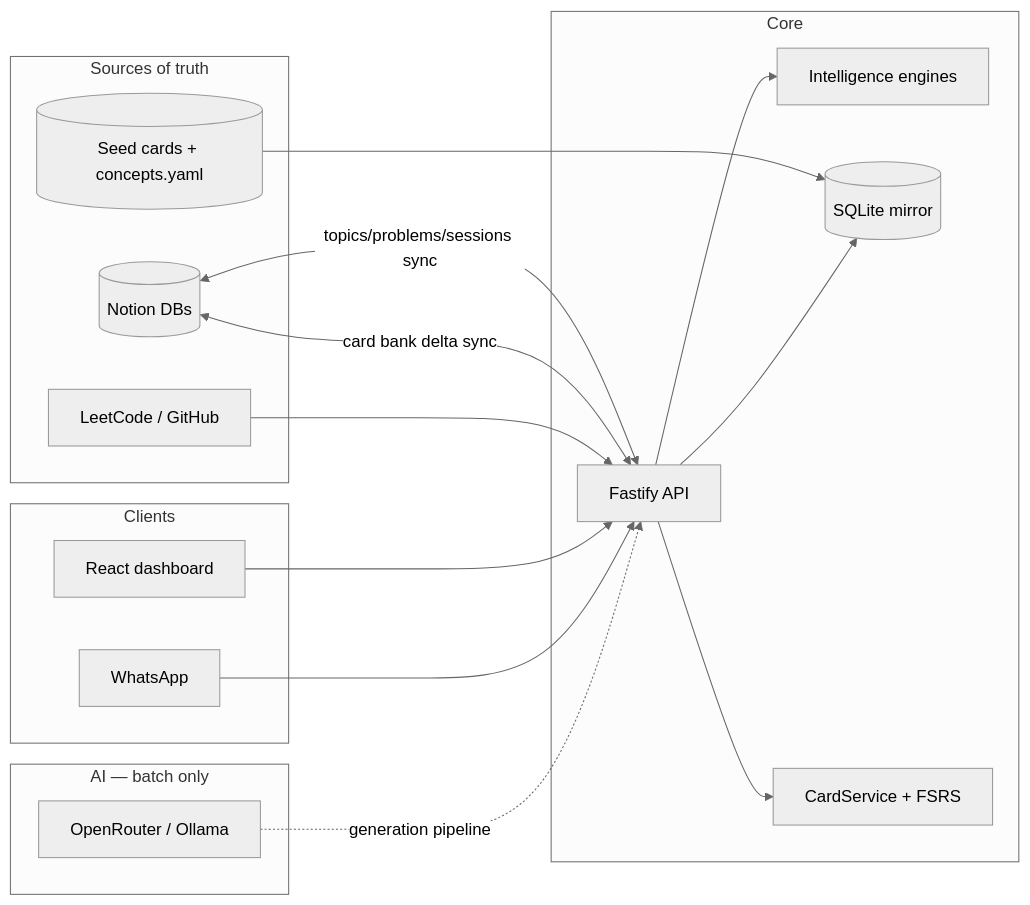
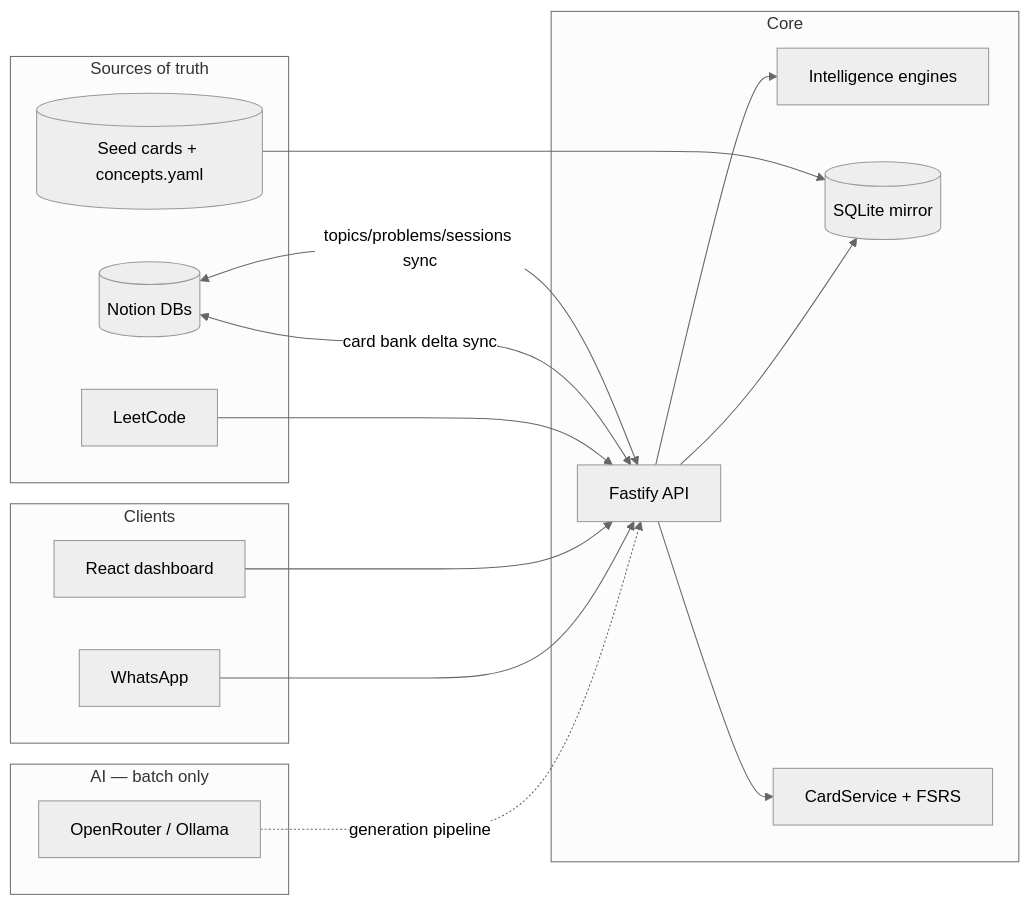
Before and after one commit to Hasanth-kumar/AI-DSA-Tutor: the diagram in README.md, drawn with Mermaid (neutral theme). The commit also changed other lines of this file and 82 other files, not shown here.

````diff
--- a/README.md
+++ b/README.md
@@ -33,35 +33,35 @@
 ```mermaid
 flowchart LR
   subgraph sources [Sources of truth]
     Notion[(Notion DBs)]
     Seeds[(Seed cards + concepts.yaml)]
-    LC[LeetCode / GitHub]
+    LC[LeetCode]
   end
 
   subgraph core [Core]
     API[Fastify API]
     Intel[Intelligence engines]
     Mirror[(SQLite mirror)]
     Cards[CardService + FSRS]
   end
 
   subgraph clients [Clients]
     Web[React dashboard]
     WA[WhatsApp]
   end
 
   subgraph ai [AI — batch only]
     OR[OpenRouter / Ollama]
   end
 
   Notion <-->|topics/problems/sessions sync| API
   Notion <-->|card bank delta sync| API
   Seeds --> Mirror
   API --> Intel
   API --> Mirror
   API --> Cards
   LC --> API
   Web --> API
   WA --> API
   OR -.->|generation pipeline| API
 ```
````
